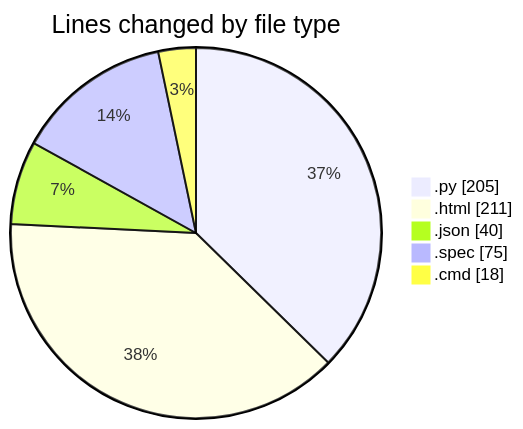
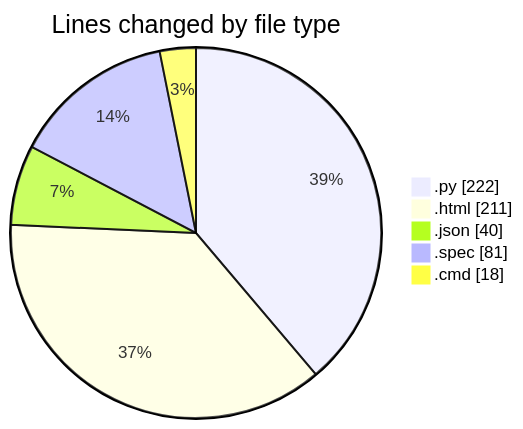
One commit to FelipKnott/code-tracking changed the first of 2 diagrams in 2025-07-12/cursor/README.md. Above: the diagram before and after it, drawn with Mermaid. The commit also changed other lines of this file and 1 other file, not shown here.

````diff
--- a/2025-07-12/cursor/README.md
+++ b/2025-07-12/cursor/README.md
@@ -25,9 +26,9 @@
 ```mermaid
 pie showData
 title Lines changed by file type
-".py" : 205
+".py" : 222
 ".html" : 211
 ".json" : 40
-".spec" : 75
+".spec" : 81
 ".cmd" : 18
 ```
````
